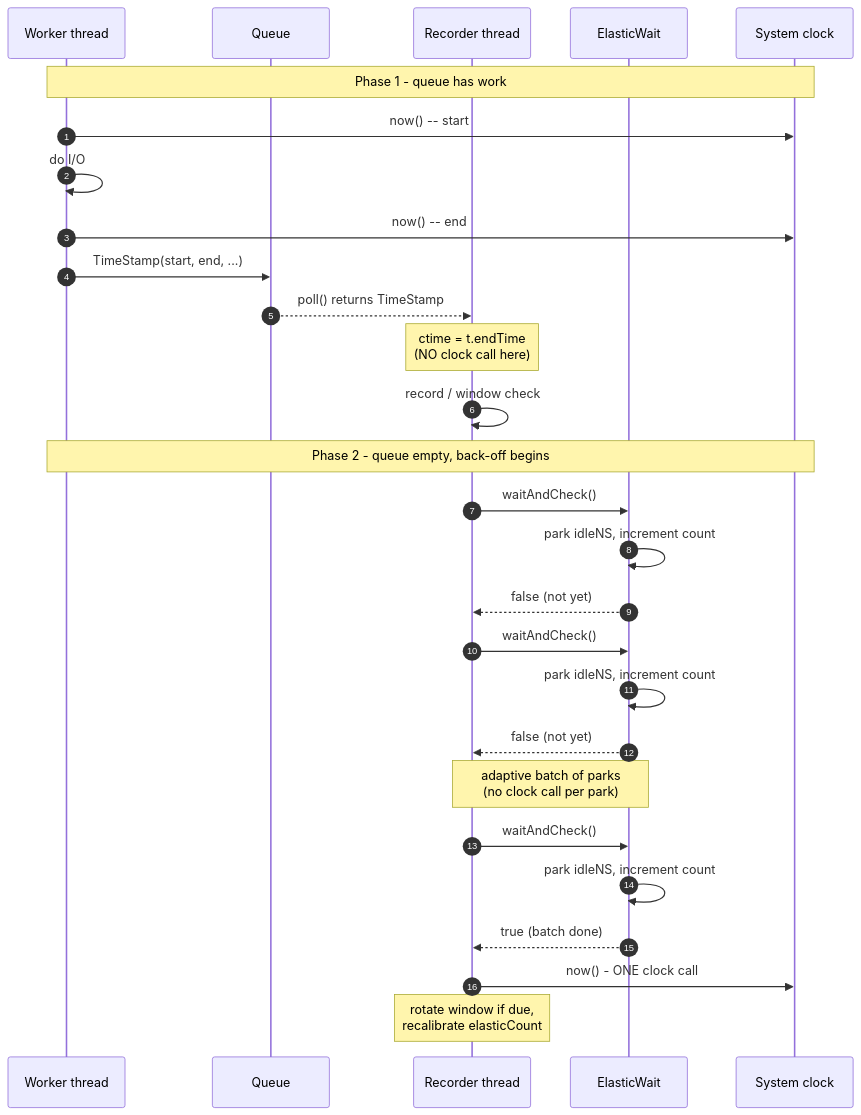
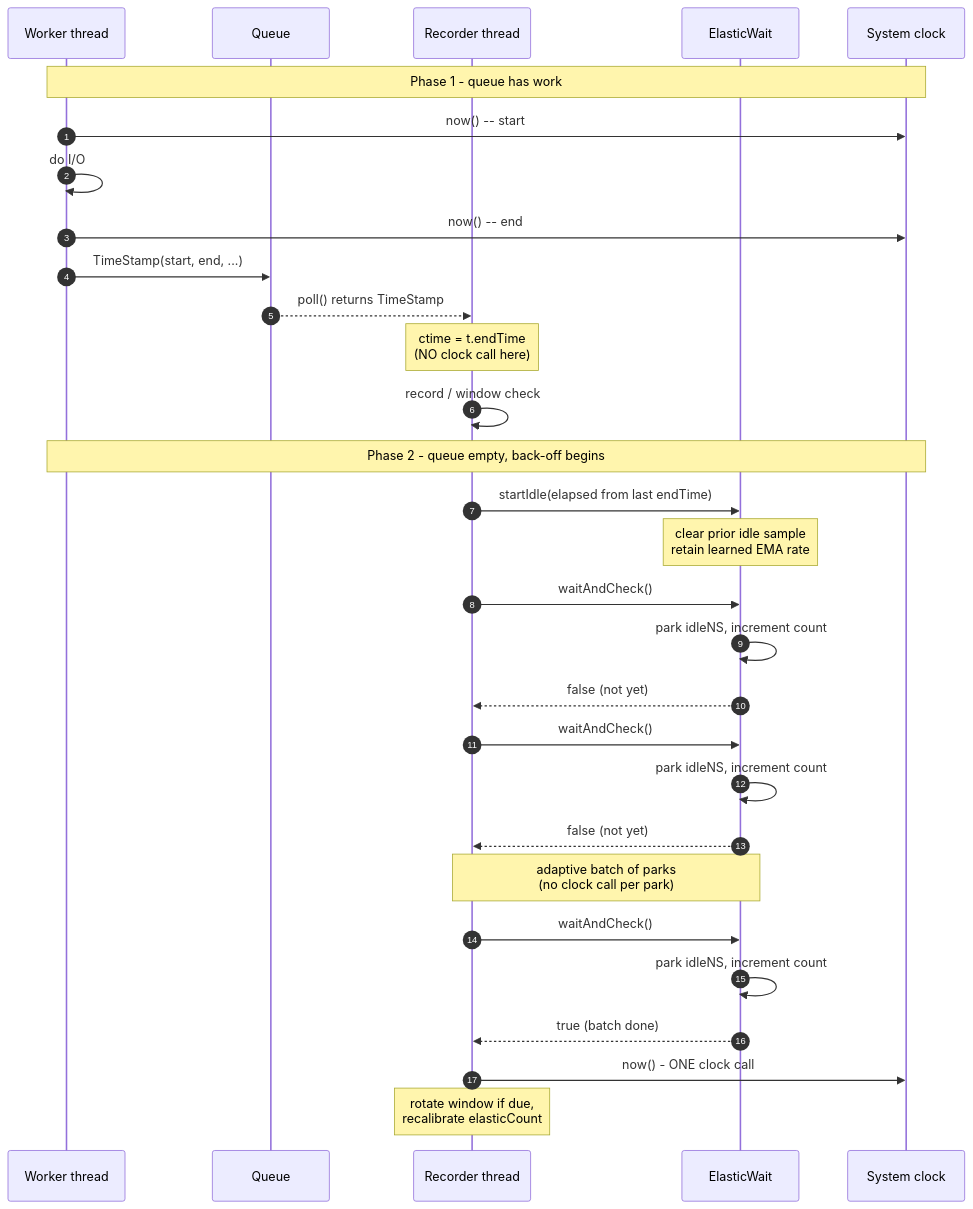
One commit to kmgowda/SBK changed diagram 12 of 42 in docs/sbk-internals.md. Above: the diagram before and after it, drawn with Mermaid. The commit also changed other lines of this file and 4 other files, not shown here.

````diff
--- a/docs/sbk-internals.md
+++ b/docs/sbk-internals.md
@@ -770,32 +878,34 @@
 ```mermaid
 sequenceDiagram
     autonumber
     participant W as Worker thread
     participant Q as Queue
     participant R as Recorder thread
     participant E as ElasticWait
     participant C as System clock
 
     Note over W,C: Phase 1 - queue has work
     W->>C: now() -- start
     W->>W: do I/O
     W->>C: now() -- end
     W->>Q: TimeStamp(start, end, ...)
     Q-->>R: poll() returns TimeStamp
     Note over R: ctime = t.endTime<br/>(NO clock call here)
     R->>R: record / window check
 
     Note over W,C: Phase 2 - queue empty, back-off begins
+    R->>E: startIdle(elapsed from last endTime)
+    Note over E: clear prior idle sample<br/>retain learned EMA rate
     R->>E: waitAndCheck()
     E->>E: park idleNS, increment count
     E-->>R: false (not yet)
     R->>E: waitAndCheck()
     E->>E: park idleNS, increment count
     E-->>R: false (not yet)
     Note over R,E: adaptive batch of parks<br/>(no clock call per park)
     R->>E: waitAndCheck()
     E->>E: park idleNS, increment count
     E-->>R: true (batch done)
     R->>C: now() - ONE clock call
     Note over R: rotate window if due,<br/>recalibrate elasticCount
 ```
````
